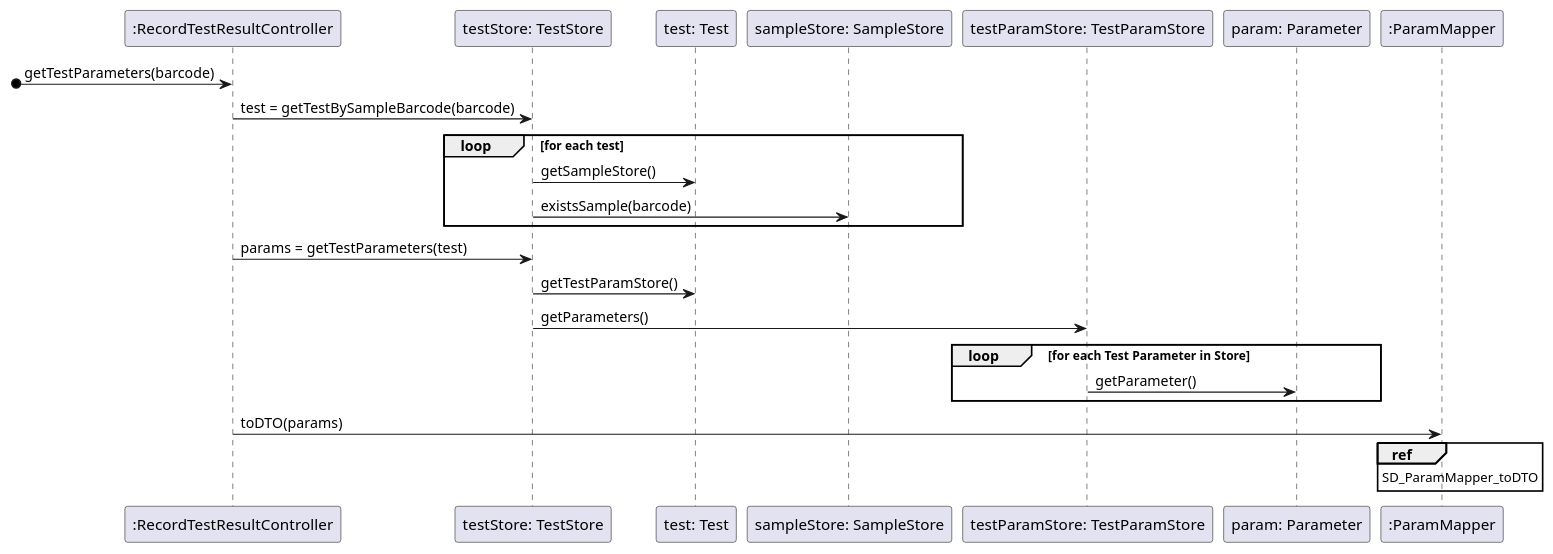
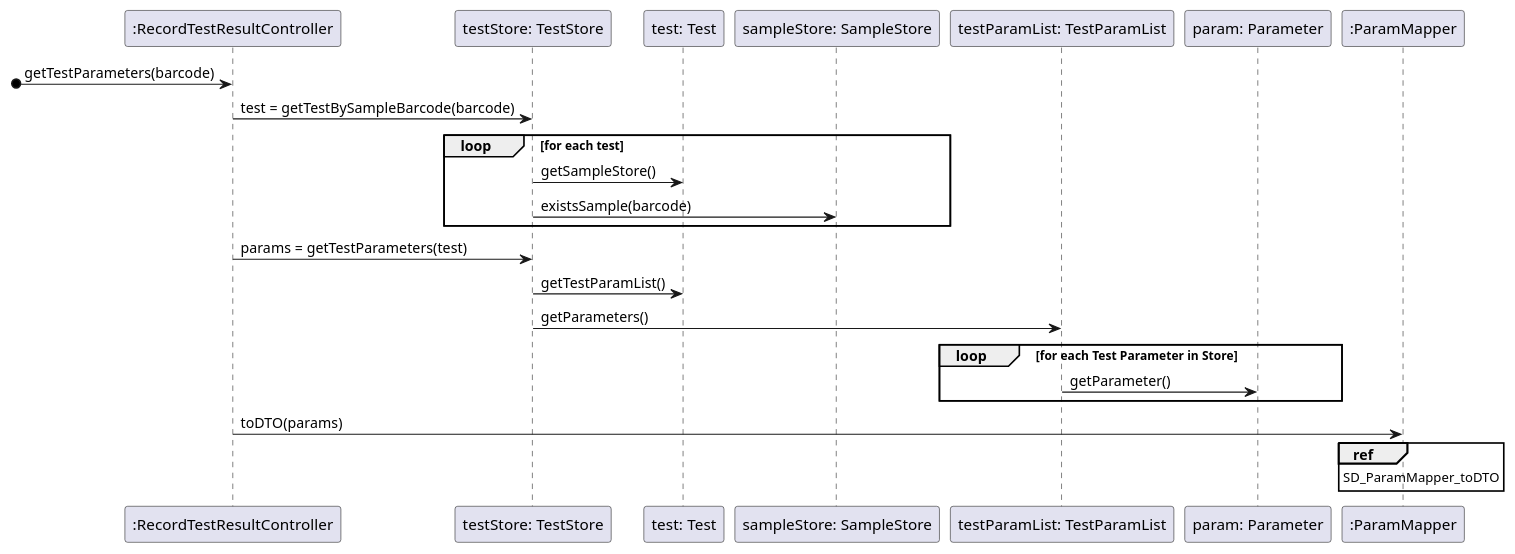
Before and after one commit to MadDinosaur/ISEP-LAPR2: the diagram in docs/SprintC/US12/SD_ShowTestParameters.puml, drawn with PlantUML. The commit also changed 6 other files, not shown here.

```diff
--- a/docs/SprintC/US12/SD_ShowTestParameters.puml
+++ b/docs/SprintC/US12/SD_ShowTestParameters.puml
@@ -1,24 +1,24 @@
 @startuml
 participant ":RecordTestResultController" as controller
 participant "testStore: TestStore" as ts
 participant "test: Test" as test
 participant "sampleStore: SampleStore" as ss
-participant "testParamStore: TestParamStore" as tpstore
+participant "testParamList: TestParamList" as tpstore
 participant "param: Parameter" as testParam
 participant ":ParamMapper" as map
 
 [o-> controller : getTestParameters(barcode)
 controller -> ts : test = getTestBySampleBarcode(barcode)
 loop for each test
 ts -> test : getSampleStore()
 ts -> ss : existsSample(barcode)
 end loop
 controller -> ts : params = getTestParameters(test)
-ts -> test : getTestParamStore()
+ts -> test : getTestParamList()
 ts -> tpstore : getParameters()
 loop for each Test Parameter in Store
 tpstore -> testParam : getParameter()
 end loop
 controller -> map : toDTO(params)
 ref over map : SD_ParamMapper_toDTO
 @enduml
```
